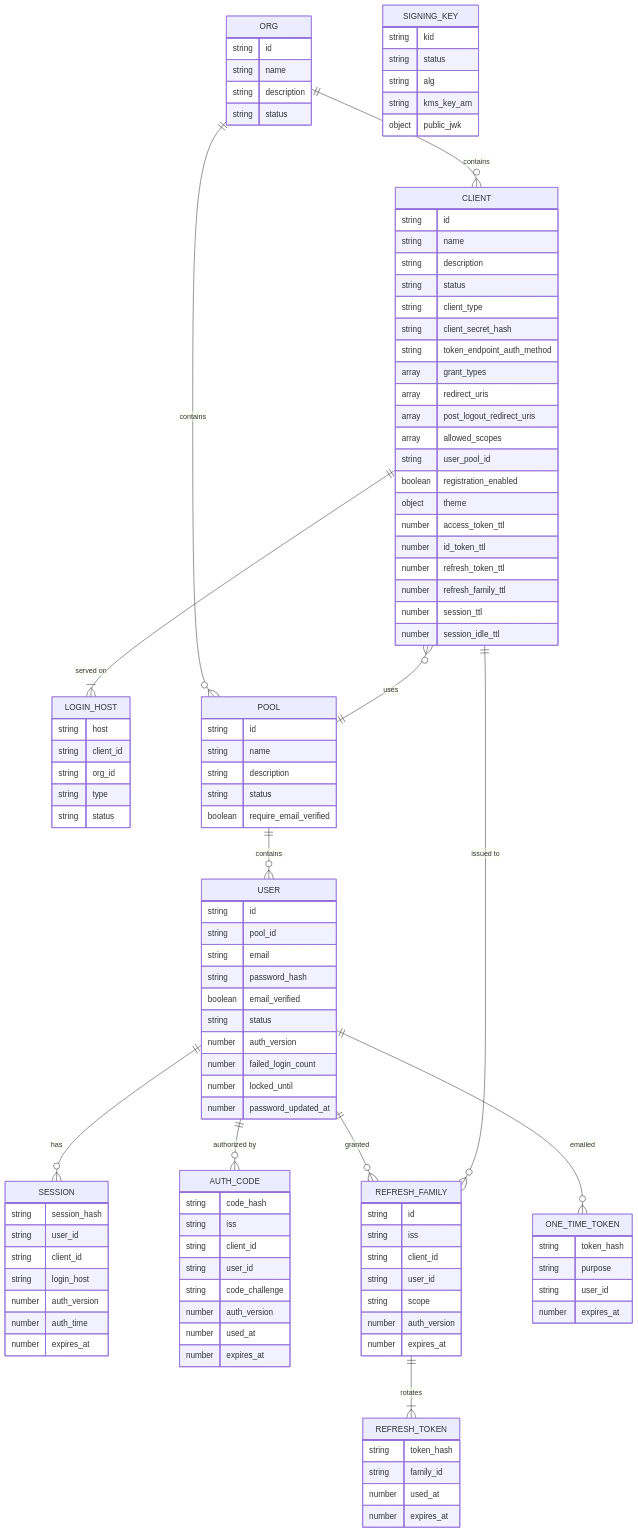
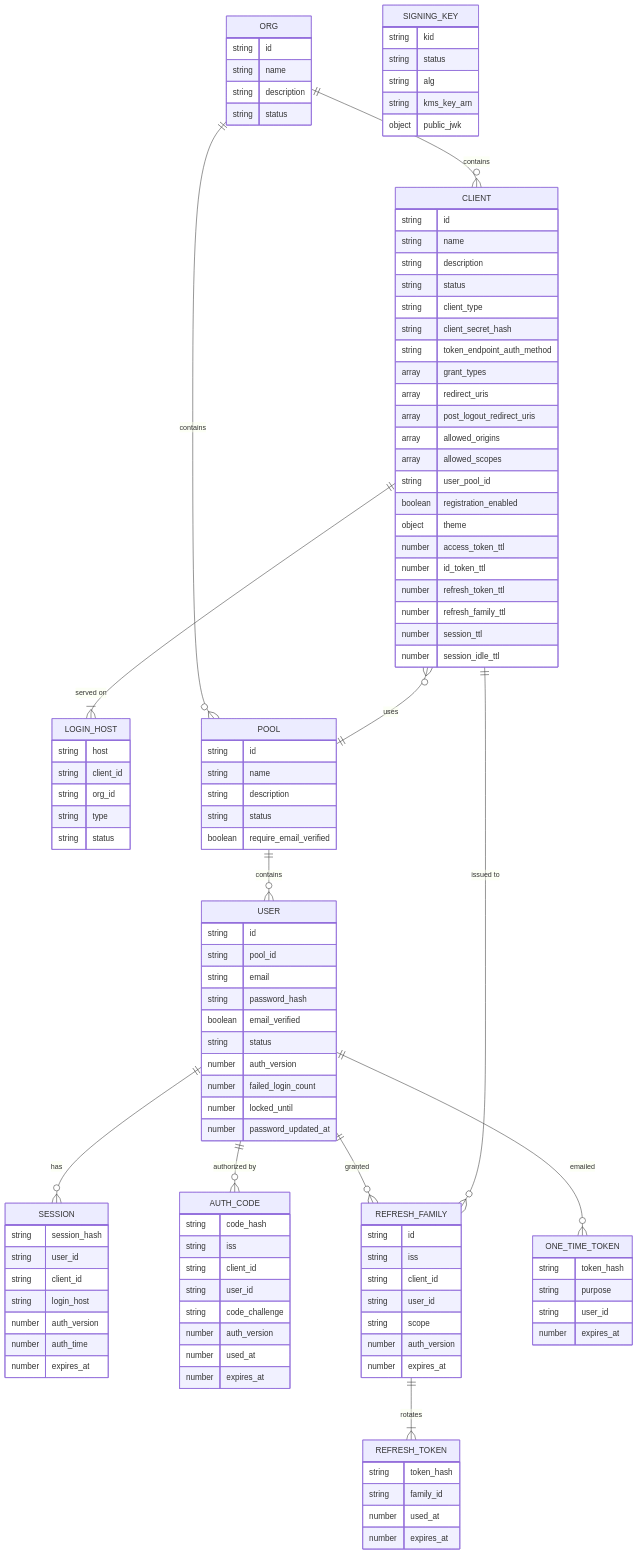
Before and after one commit to litelogin/litelogin: the diagram in Datamodel.md, drawn with Mermaid. The commit also changed other lines of this file and 1 other file, not shown here.

First line of the commit message:
Address architecture review feedback

```diff
--- a/Datamodel.md
+++ b/Datamodel.md
@@ -24,6 +24,7 @@
         array grant_types
         array redirect_uris
         array post_logout_redirect_uris
+        array allowed_origins
         array allowed_scopes
         string user_pool_id
         boolean registration_enabled
```
